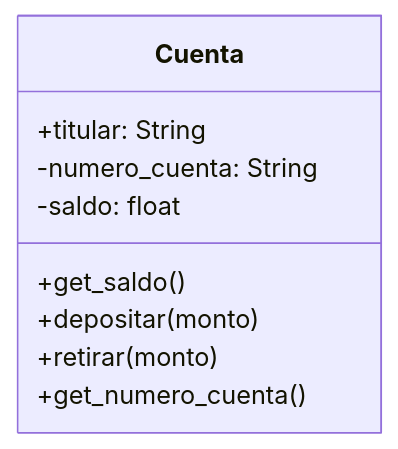
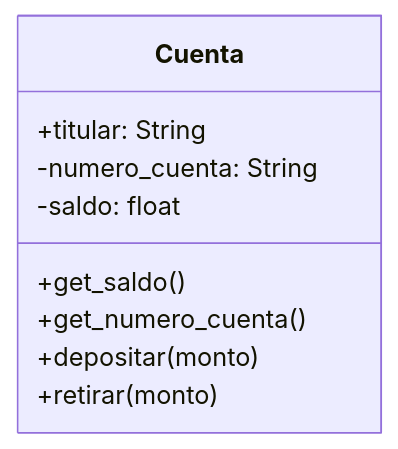
Before and after one commit to bk320/psg-oop-2025: the diagram in retos_sesion_04/ejercicio_01.md, drawn with Mermaid. The commit also changed other lines of this file and 3 other files, not shown here.

````diff
--- a/retos_sesion_04/ejercicio_01.md
+++ b/retos_sesion_04/ejercicio_01.md
@@ -50,12 +66,12 @@
 ```mermaid
 classDiagram
     class Cuenta {
         +titular: String
         -numero_cuenta: String
         -saldo: float
         +get_saldo()
+        +get_numero_cuenta()
         +depositar(monto)
         +retirar(monto)
-        +get_numero_cuenta()
     }
 ```
````
